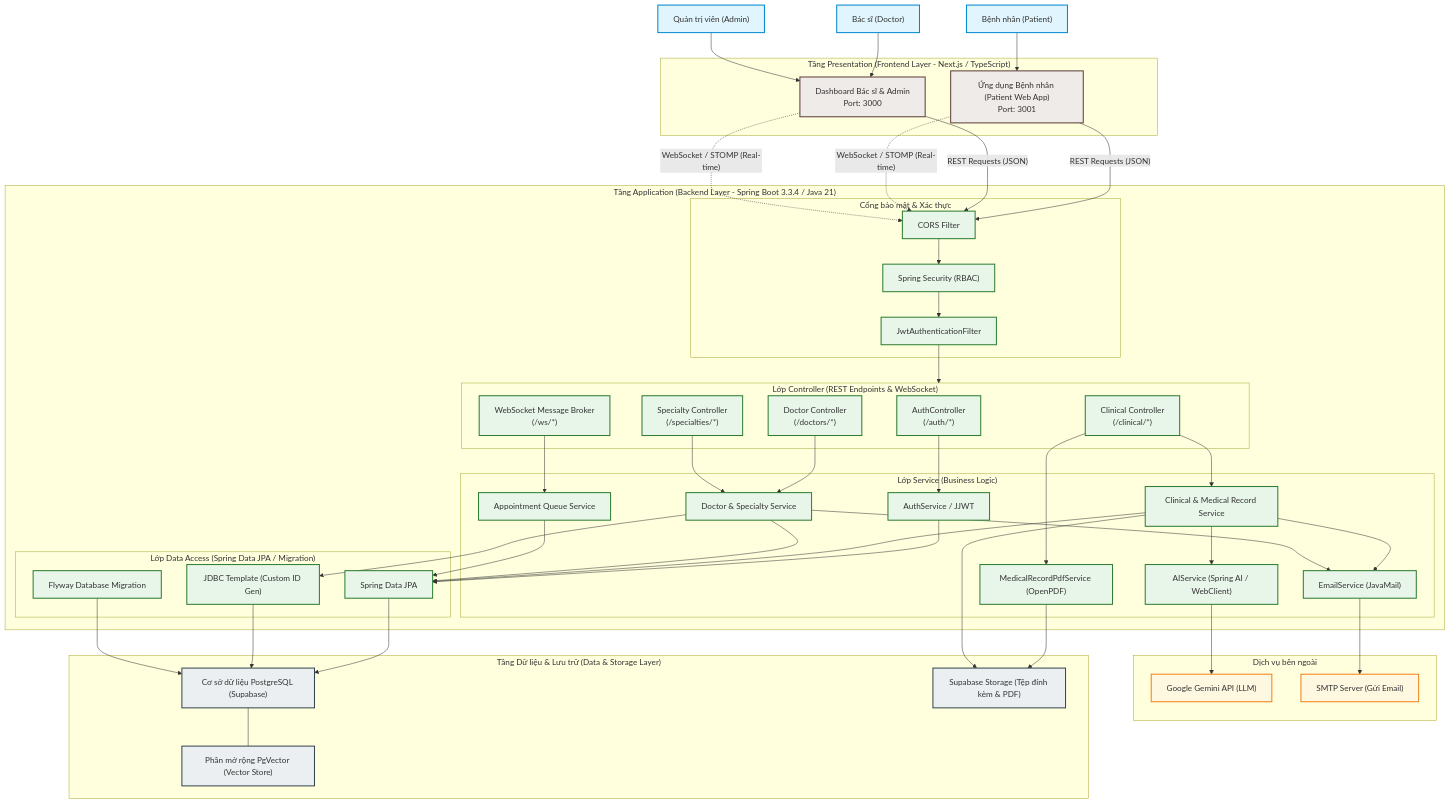
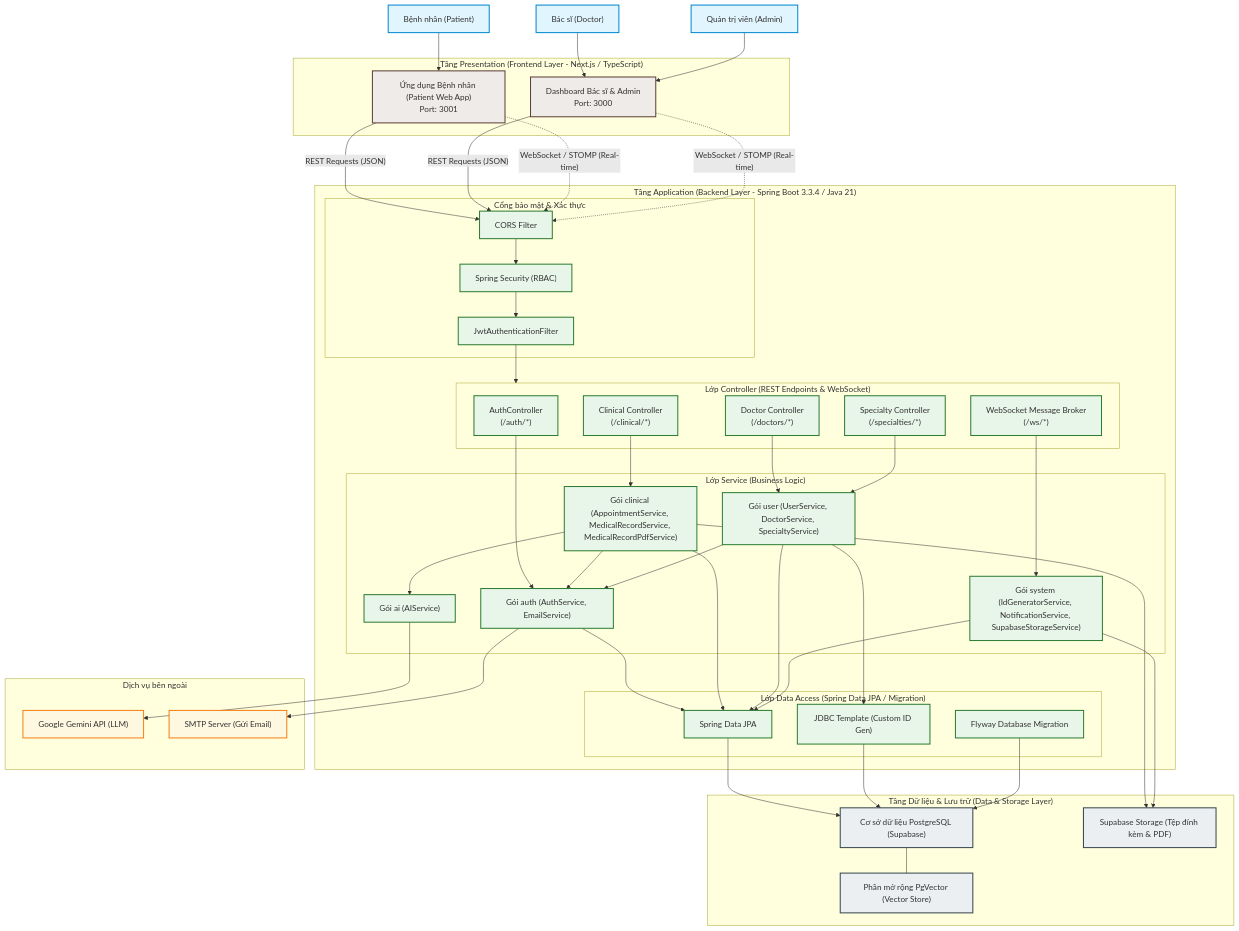
The diagram in docs/architecture-diagram.md (Anh-iscrying/MediCore_v2), drawn with Mermaid before and after one commit. The commit also changed 1 other file, not shown here.

Commit message:
docs: Update service layer structure to match actual packages (ai, auth, clinical, system, user)

````diff
--- a/docs/architecture-diagram.md
+++ b/docs/architecture-diagram.md
@@ -49,13 +49,11 @@
         end
 
         subgraph ServiceLayer ["Lớp Service (Business Logic)"]
-            AuthService["AuthService / JJWT"]
-            ClinicalService["Clinical & Medical Record Service"]
-            DocSpecService["Doctor & Specialty Service"]
-            QueueService["Appointment Queue Service"]
-            PdfService["MedicalRecordPdfService (OpenPDF)"]
-            EmailService["EmailService (JavaMail)"]
-            AIService["AIService (Spring AI / WebClient)"]
+            AuthServices["Gói auth (AuthService, EmailService)"]
+            ClinicalServices["Gói clinical (AppointmentService, MedicalRecordService, MedicalRecordPdfService)"]
+            UserServices["Gói user (UserService, DoctorService, SpecialtyService)"]
+            AIServices["Gói ai (AIService)"]
+            SystemServices["Gói system (IdGeneratorService, NotificationService, SupabaseStorageService)"]
         end
 
         subgraph RepositoryLayer ["Lớp Data Access (Spring Data JPA / Migration)"]
@@ -90,28 +88,27 @@
     JwtFilter --> ControllerLayer
 
     %% Luồng đi từ Controller -> Service
-    AuthController --> AuthService
-    ClinicalController --> ClinicalService
-    ClinicalController --> PdfService
-    DoctorController --> DocSpecService
-    SpecialtyController --> DocSpecService
-    WSController --> QueueService
+    AuthController --> AuthServices
+    ClinicalController --> ClinicalServices
+    DoctorController --> UserServices
+    SpecialtyController --> UserServices
+    WSController --> SystemServices
 
     %% Tương tác giữa các Service
-    ClinicalService --> AIService
-    ClinicalService --> EmailService
-    DocSpecService --> EmailService
+    ClinicalServices --> AIServices
+    ClinicalServices --> AuthServices
+    UserServices --> AuthServices
     
     %% Service -> Kết nối bên ngoài
-    AIService --> GeminiAPI
-    EmailService --> SMTPServer
+    AIServices --> GeminiAPI
+    AuthServices --> SMTPServer
     
     %% Lớp Service -> Repository
-    AuthService --> JPA
-    ClinicalService --> JPA
-    DocSpecService --> JPA
-    DocSpecService --> JDBC
-    QueueService --> JPA
+    AuthServices --> JPA
+    ClinicalServices --> JPA
+    UserServices --> JPA
+    UserServices --> JDBC
+    SystemServices --> JPA
 
     %% Lớp Repository & Dịch vụ -> Database & Storage
     JPA --> Postgres
@@ -119,8 +116,8 @@
     Flyway --> Postgres
     Postgres --- PgVector
     
-    PdfService --> SupabaseStorage
-    ClinicalService --> SupabaseStorage
+    ClinicalServices --> SupabaseStorage
+    SystemServices --> SupabaseStorage
 
     %% Custom Styling cho các Block
     classDef actorStyle fill:#e1f5fe,stroke:#0288d1,stroke-width:2px;
@@ -131,7 +128,7 @@
 
     class Patient,Doctor,Admin actorStyle;
     class PatientApp,DocAdminApp frontStyle;
-    class CORS,SpringSec,JwtFilter,AuthController,ClinicalController,DoctorController,SpecialtyController,WSController,AuthService,ClinicalService,DocSpecService,QueueService,PdfService,EmailService,AIService,JPA,JDBC,Flyway backStyle;
+    class CORS,SpringSec,JwtFilter,AuthController,ClinicalController,DoctorController,SpecialtyController,WSController,AuthServices,ClinicalServices,UserServices,AIServices,SystemServices,JPA,JDBC,Flyway backStyle;
     class GeminiAPI,SMTPServer extStyle;
     class Postgres,PgVector,SupabaseStorage dbStyle;
 ```
````
